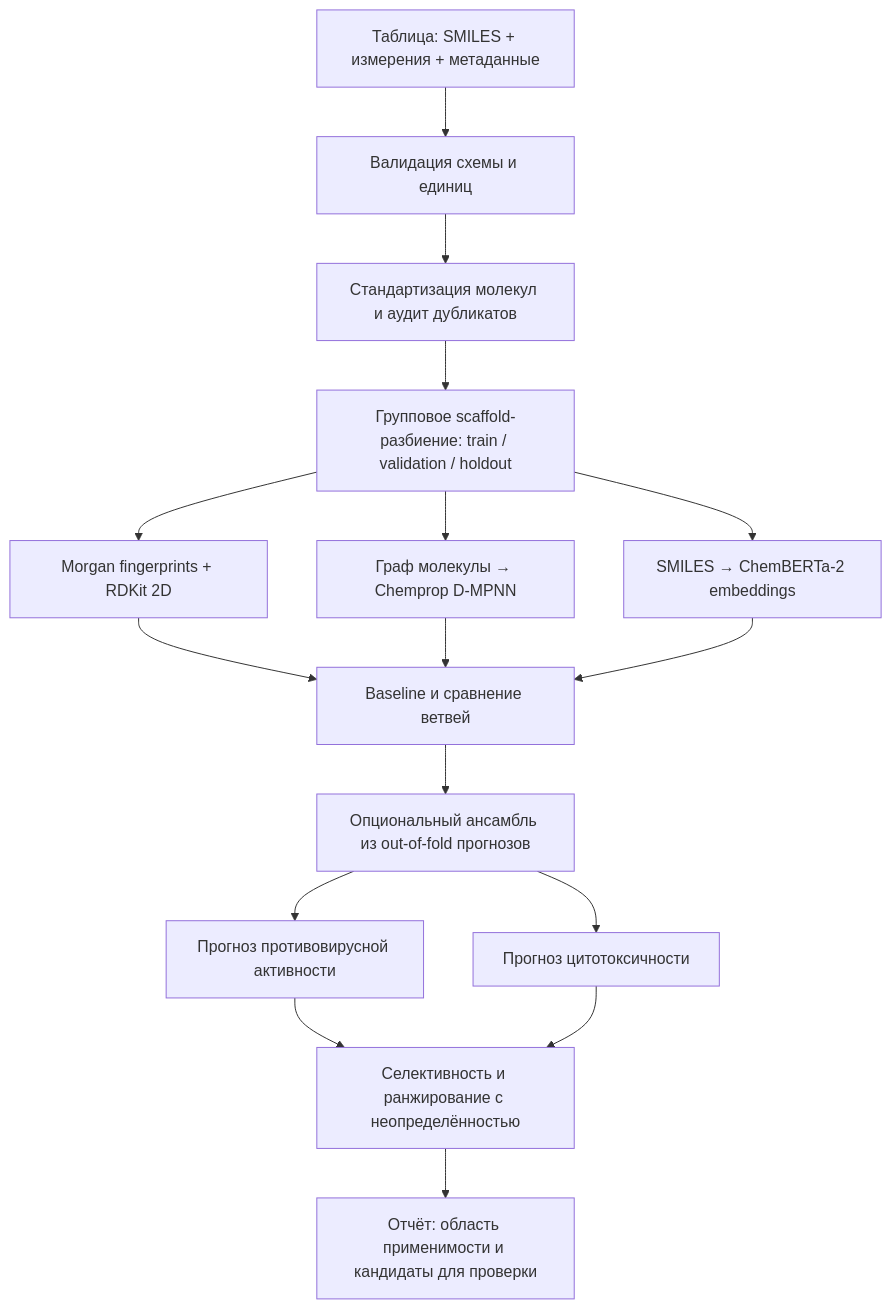
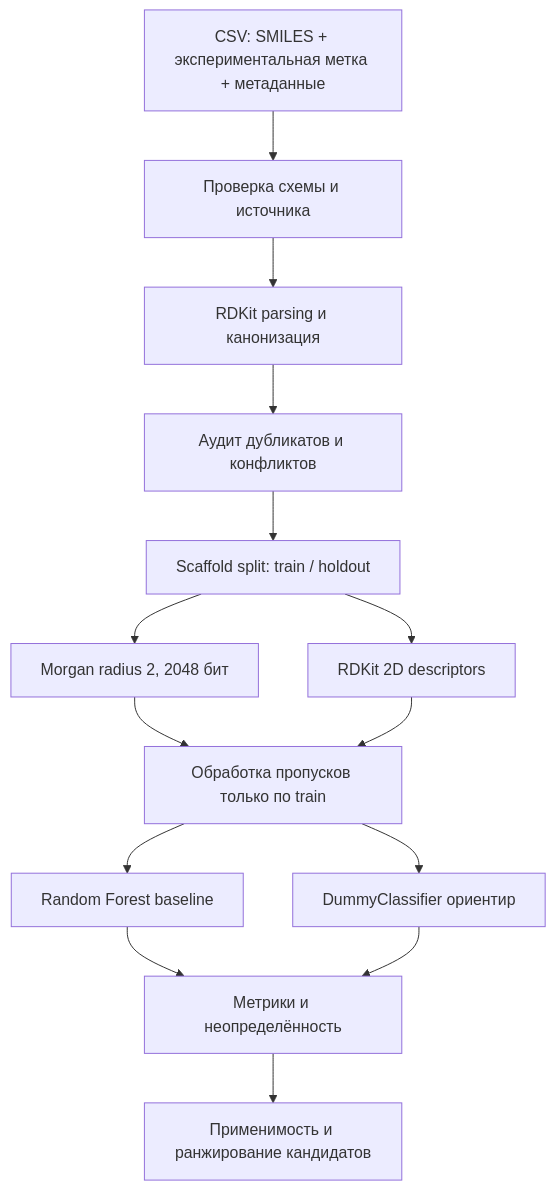
The diagram in README.md (moiz303/HSE_in_MIFI), drawn with Mermaid before and after one commit. The commit also changed other lines of this file, not shown here.

Commit message:
feat: add QSARBioPred-style VACV baseline

````diff
--- a/README.md
+++ b/README.md
@@ -30,18 +26,16 @@
 ```mermaid
 flowchart TD
-    A[Таблица: SMILES + измерения + метаданные] --> B[Валидация схемы и единиц]
-    B --> C[Стандартизация молекул и аудит дубликатов]
-    C --> D[Групповое scaffold-разбиение: train / validation / holdout]
-    D --> E1[Morgan fingerprints + RDKit 2D]
-    D --> E2[Граф молекулы → Chemprop D-MPNN]
-    D --> E3[SMILES → ChemBERTa-2 embeddings]
-    E1 --> F[Baseline и сравнение ветвей]
-    E2 --> F
-    E3 --> F
-    F --> G[Опциональный ансамбль из out-of-fold прогнозов]
-    G --> H1[Прогноз противовирусной активности]
-    G --> H2[Прогноз цитотоксичности]
-    H1 --> I[Селективность и ранжирование с неопределённостью]
-    H2 --> I
-    I --> J[Отчёт: область применимости и кандидаты для проверки]
+    A[CSV: SMILES + экспериментальная метка + метаданные] --> B[Проверка схемы и источника]
+    B --> C[RDKit parsing и канонизация]
+    C --> D[Аудит дубликатов и конфликтов]
+    D --> E[Scaffold split: train / holdout]
+    E --> F[Morgan radius 2, 2048 бит]
+    E --> G[RDKit 2D descriptors]
+    F --> H[Обработка пропусков только по train]
+    G --> H
+    H --> I[Random Forest baseline]
+    H --> J[DummyClassifier ориентир]
+    I --> K[Метрики и неопределённость]
+    J --> K
+    K --> L[Применимость и ранжирование кандидатов]
 ```
````
